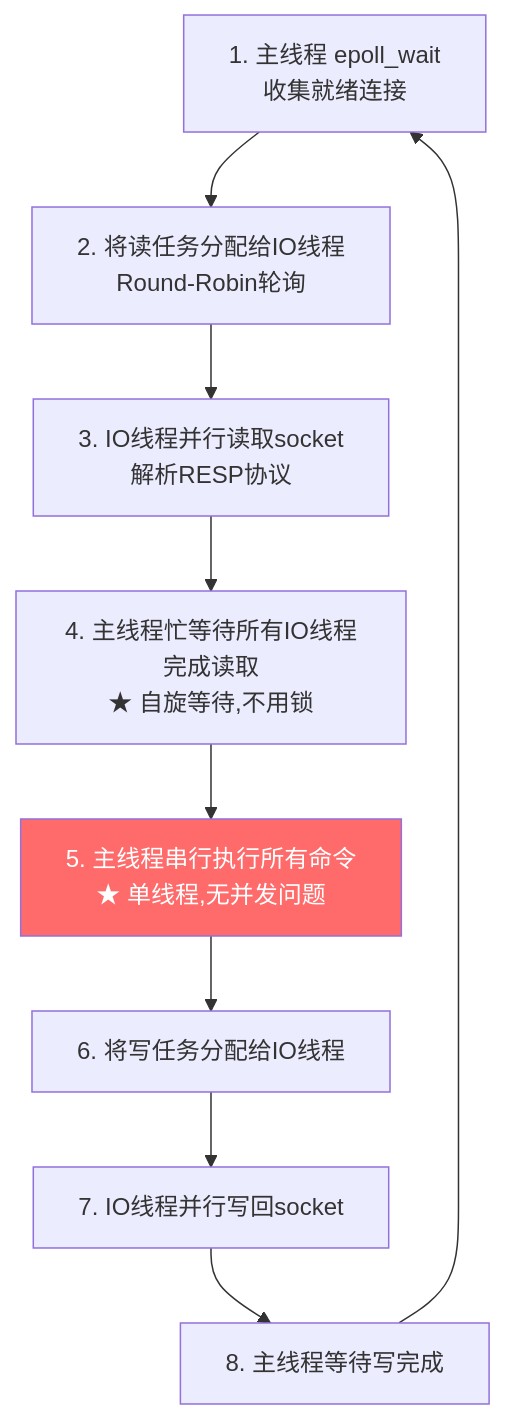
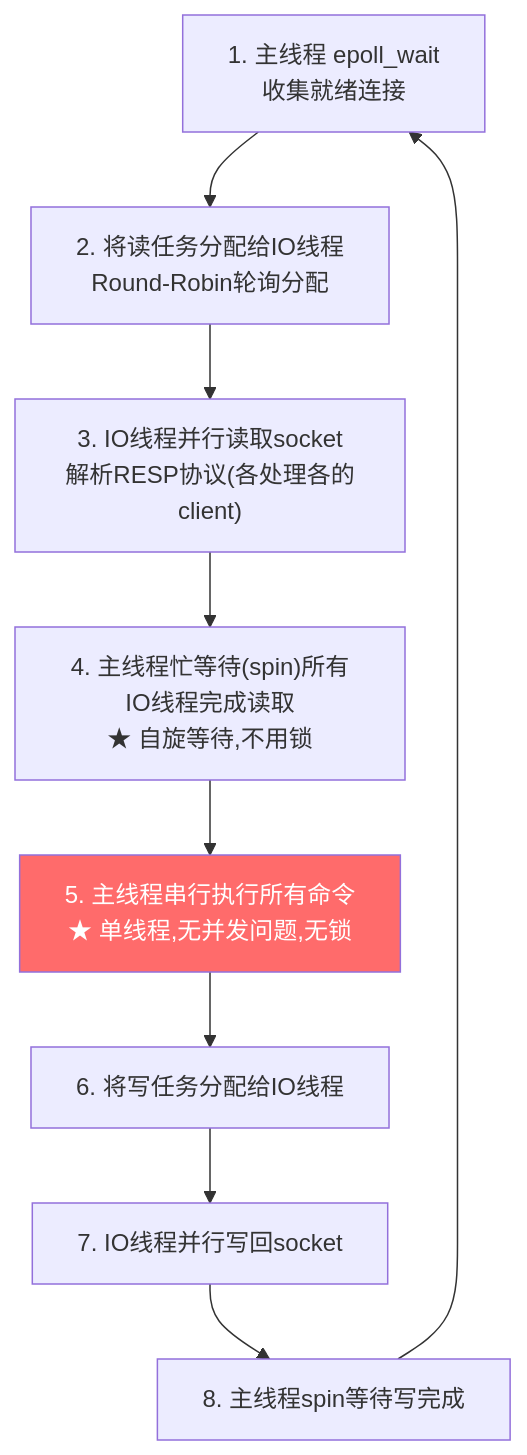
One commit to qigao0787-ops/gq-test changed diagram 19 of 31 in document/strengthen/分布式技术面试总结_增强版.md. Above: the diagram before and after it, drawn with Mermaid. The commit also changed other lines of this file, not shown here.

````diff
--- a/document/strengthen/分布式技术面试总结_增强版.md
+++ b/document/strengthen/分布式技术面试总结_增强版.md
@@ -1337,13 +1573,13 @@
 ```mermaid
 flowchart TD
-    A[1. 主线程 epoll_wait<br/>收集就绪连接] --> B[2. 将读任务分配给IO线程<br/>Round-Robin轮询]
-    B --> C[3. IO线程并行读取socket<br/>解析RESP协议]
-    C --> D[4. 主线程忙等待所有IO线程完成读取<br/>★ 自旋等待,不用锁]
-    D --> E[5. 主线程串行执行所有命令<br/>★ 单线程,无并发问题]
-    E --> F[6. 将写任务分配给IO线程]
-    F --> G[7. IO线程并行写回socket]
-    G --> H[8. 主线程等待写完成]
+    A["1. 主线程 epoll_wait<br/>收集就绪连接"] --> B["2. 将读任务分配给IO线程<br/>Round-Robin轮询分配"]
+    B --> C["3. IO线程并行读取socket<br/>解析RESP协议(各处理各的client)"]
+    C --> D["4. 主线程忙等待(spin)所有IO线程完成读取<br/>★ 自旋等待,不用锁"]
+    D --> E["5. 主线程串行执行所有命令<br/>★ 单线程,无并发问题,无锁"]
+    E --> F["6. 将写任务分配给IO线程"]
+    F --> G["7. IO线程并行写回socket"]
+    G --> H["8. 主线程spin等待写完成"]
     H --> A
 
     style E fill:#ff6b6b,color:#fff
 ```
````
